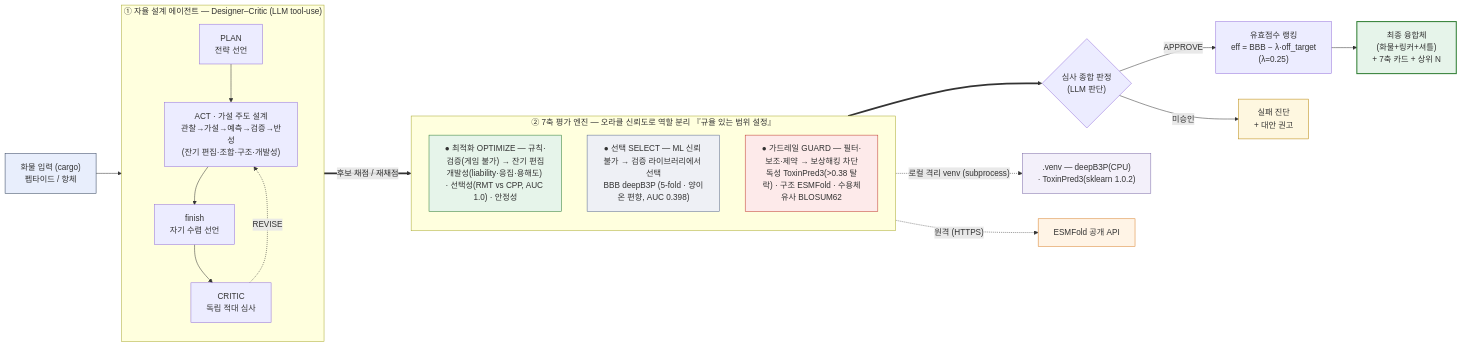
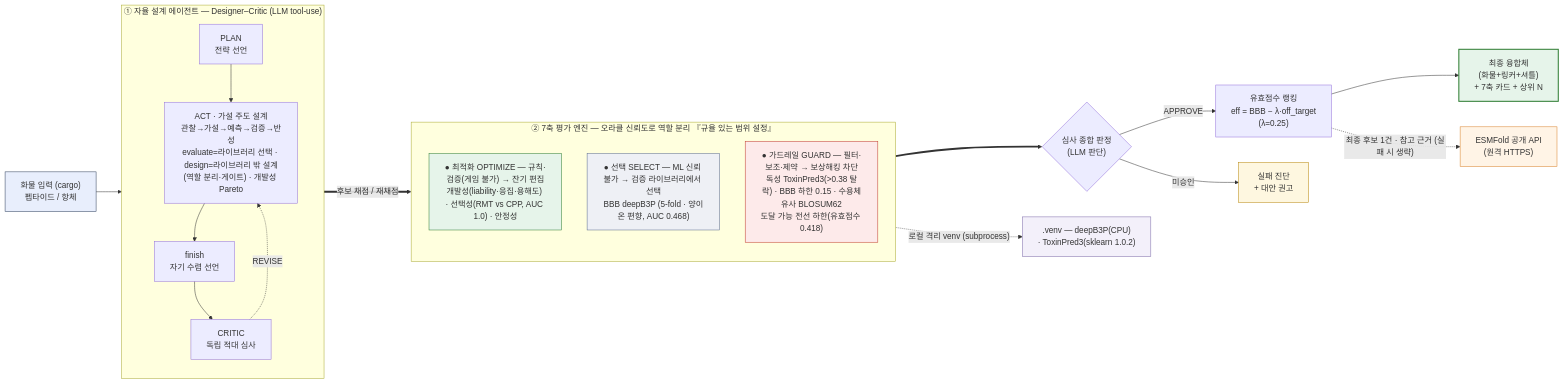
One commit to yunseul6028/BBB-Optimizer changed the first of 9 diagrams in 아키텍처.md. Above: the diagram before and after it, drawn with Mermaid. The commit also changed other lines of this file and 22 other files, not shown here.

````diff
--- a/아키텍처.md
+++ b/아키텍처.md
@@ -17,37 +17,37 @@
 ```mermaid
 flowchart LR
   IN["화물 입력 (cargo)<br/>펩타이드 / 항체"]:::io --> AG
 
   subgraph AG["① 자율 설계 에이전트 — Designer–Critic (LLM tool-use)"]
     direction TB
-    PLAN["PLAN<br/>전략 선언"] --> ACT["ACT · 가설 주도 설계<br/>관찰→가설→예측→검증→반성<br/>(잔기 편집·조합·구조·개발성)"]
+    PLAN["PLAN<br/>전략 선언"] --> ACT["ACT · 가설 주도 설계<br/>관찰→가설→예측→검증→반성<br/>evaluate=라이브러리 선택 · design=라이브러리 밖 설계<br/>(역할 분리·게이트) · 개발성 Pareto"]
     ACT --> FIN["finish<br/>자기 수렴 선언"]
     FIN --> CR["CRITIC<br/>독립 적대 심사"]
     CR -.->|REVISE| ACT
   end
 
   AG ==>|"후보 채점 / 재채점"| ENG
 
   subgraph ENG["② 7축 평가 엔진 — 오라클 신뢰도로 역할 분리 『규율 있는 범위 설정』"]
     direction TB
     OPT["● 최적화 OPTIMIZE — 규칙·검증(게임 불가) → 잔기 편집<br/>개발성(liability·응집·용해도) · 선택성(RMT vs CPP, AUC 1.0) · 안정성"]:::opt
-    SEL["● 선택 SELECT — ML 신뢰 불가 → 검증 라이브러리에서 선택<br/>BBB deepB3P (5-fold · 양이온 편향, AUC 0.398)"]:::sel
-    GRD["● 가드레일 GUARD — 필터·보조·제약 → 보상해킹 차단<br/>독성 ToxinPred3(&gt;0.38 탈락) · 구조 ESMFold · 수용체유사 BLOSUM62"]:::grd
+    SEL["● 선택 SELECT — ML 신뢰 불가 → 검증 라이브러리에서 선택<br/>BBB deepB3P (5-fold · 양이온 편향, AUC 0.468)"]:::sel
+    GRD["● 가드레일 GUARD — 필터·보조·제약 → 보상해킹 차단<br/>독성 ToxinPred3(&gt;0.38 탈락) · BBB 하한 0.15 · 수용체유사 BLOSUM62<br/>도달 가능 전선 하한(유효점수 0.418)"]:::grd
   end
 
   ENG ==> J{"심사 종합 판정<br/>(LLM 판단)"}
   J -->|APPROVE| RK["유효점수 랭킹<br/>eff = BBB − λ·off_target<br/>(λ=0.25)"] --> OUT["최종 융합체<br/>(화물+링커+셔틀)<br/>+ 7축 카드 + 상위 N"]:::ok
   J -->|"미승인"| F["실패 진단<br/>+ 대안 권고"]:::warn
 
   ENG -.->|"로컬 격리 venv (subprocess)"| VENV[".venv — deepB3P(CPU)<br/>· ToxinPred3(sklearn 1.0.2)"]:::venv
-  ENG -.->|"원격 (HTTPS)"| API["ESMFold 공개 API"]:::api
+  RK -.->|"최종 후보 1건 · 참고 근거 (실패 시 생략)"| API["ESMFold 공개 API<br/>(원격 HTTPS)"]:::api
 
   classDef io fill:#e8eefc,stroke:#30405c;
   classDef opt fill:#e6f4ea,stroke:#2e7d32;
   classDef sel fill:#eef0f5,stroke:#5a6b8c;
   classDef grd fill:#fdeaea,stroke:#c0392b;
   classDef ok fill:#e6f4ea,stroke:#2e7d32,stroke-width:2px;
   classDef warn fill:#fef7e0,stroke:#b8860b;
   classDef venv fill:#f3f0fa,stroke:#7c6aa8;
   classDef api fill:#fff4e6,stroke:#d9822b;
 ```
````
